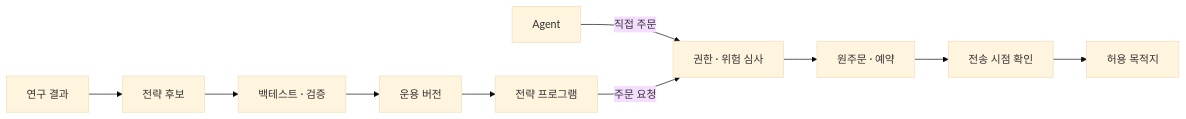
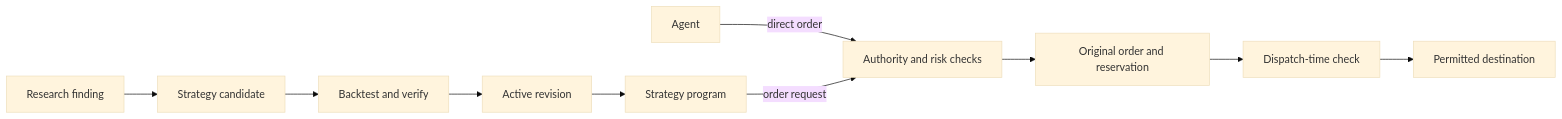
The second of 16 diagrams in docs/company-agent-quant.md (openboa-ai/sourdough), drawn with Mermaid (base theme) before and after one commit. The commit also changed other lines of this file and 29 other files, not shown here.

````diff
--- a/docs/company-agent-quant.md
+++ b/docs/company-agent-quant.md
@@ -105,7 +105,7 @@
 ```mermaid
 flowchart LR
-    Research["연구 결과"] --> Candidate["전략 후보"] --> Verify["백테스트 · 검증"] --> Active["운용 버전"] --> Program["전략 프로그램"]
-    Agent["Agent"] -->|직접 주문| Risk["권한 · 위험 심사"]
-    Program -->|주문 요청| Risk
-    Risk --> Reserve["원주문 · 예약"] --> Dispatch["전송 시점 확인"] --> Venue["허용 목적지"]
+    Research["Research finding"] --> Candidate["Strategy candidate"] --> Verify["Backtest and verify"] --> Active["Active revision"] --> Program["Strategy program"]
+    Agent["Agent"] -->|direct order| Risk["Authority and risk checks"]
+    Program -->|order request| Risk
+    Risk --> Reserve["Original order and reservation"] --> Dispatch["Dispatch-time check"] --> Venue["Permitted destination"]
 ```
````
